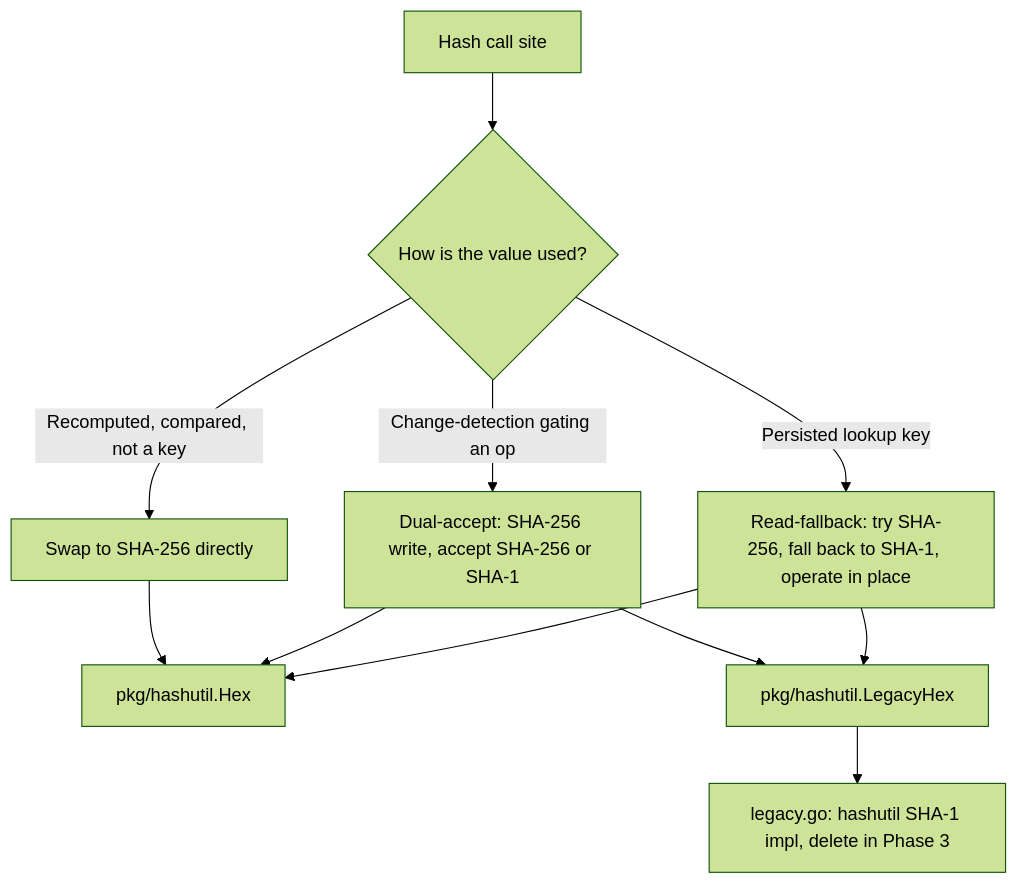
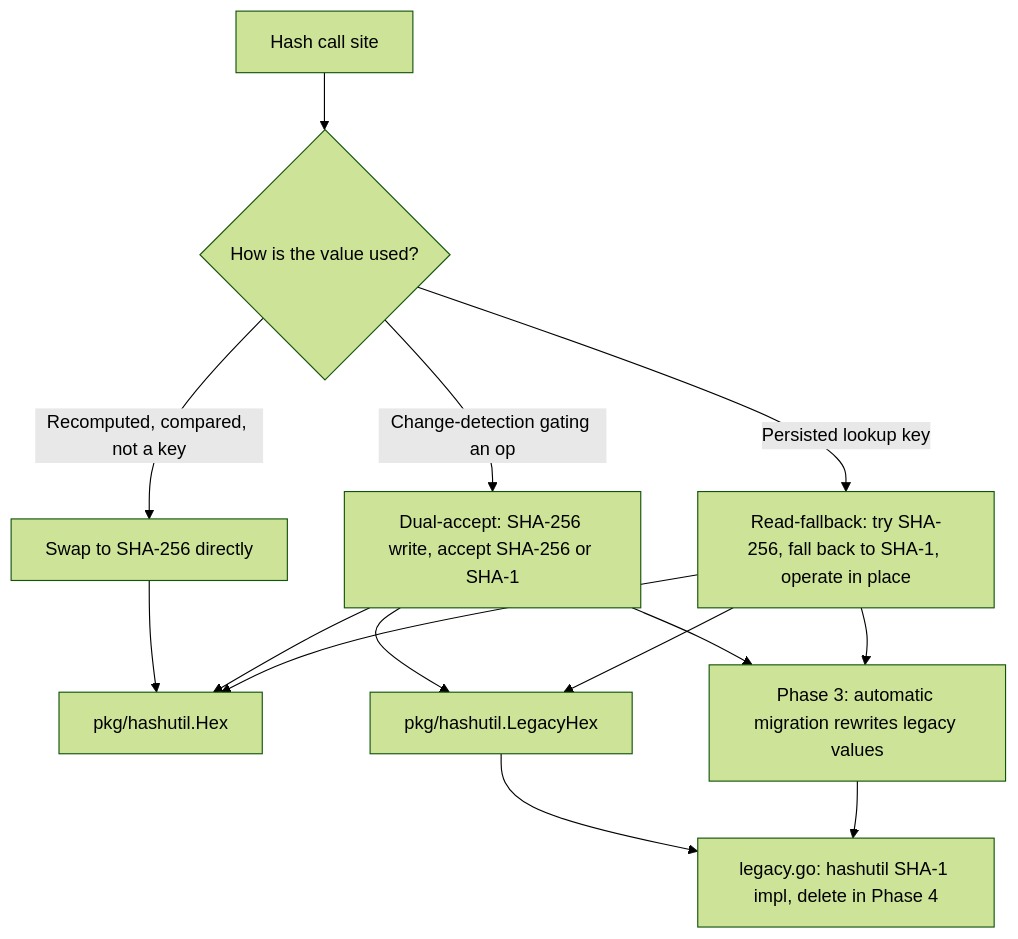
The diagram in eng/design-notes/security/2026-06-sha1-to-sha256-migration.md (radius-project/radius), drawn with Mermaid (forest theme) before and after one commit. The commit also changed other lines of this file and 63 other files, not shown here.

````diff
--- a/eng/design-notes/security/2026-06-sha1-to-sha256-migration.md
+++ b/eng/design-notes/security/2026-06-sha1-to-sha256-migration.md
@@ -51,13 +57,16 @@
 ```mermaid
 flowchart TD
     A[Hash call site] --> B{How is the value used?}
     B -->|Recomputed, compared, not a key| C[Swap to SHA-256 directly]
     B -->|Change-detection gating an op| D[Dual-accept: SHA-256 write, accept SHA-256 or SHA-1]
     B -->|Persisted lookup key| E[Read-fallback: try SHA-256, fall back to SHA-1, operate in place]
     C --> F[pkg/hashutil.Hex]
     D --> F
     E --> F
     D --> G[pkg/hashutil.LegacyHex]
     E --> G
-    G --> H[legacy.go: hashutil SHA-1 impl, delete in Phase 3]
+    D --> M[Phase 3: automatic migration rewrites legacy values]
+    E --> M
+    G --> H[legacy.go: hashutil SHA-1 impl, delete in Phase 4]
+    M --> H
 ```
````
